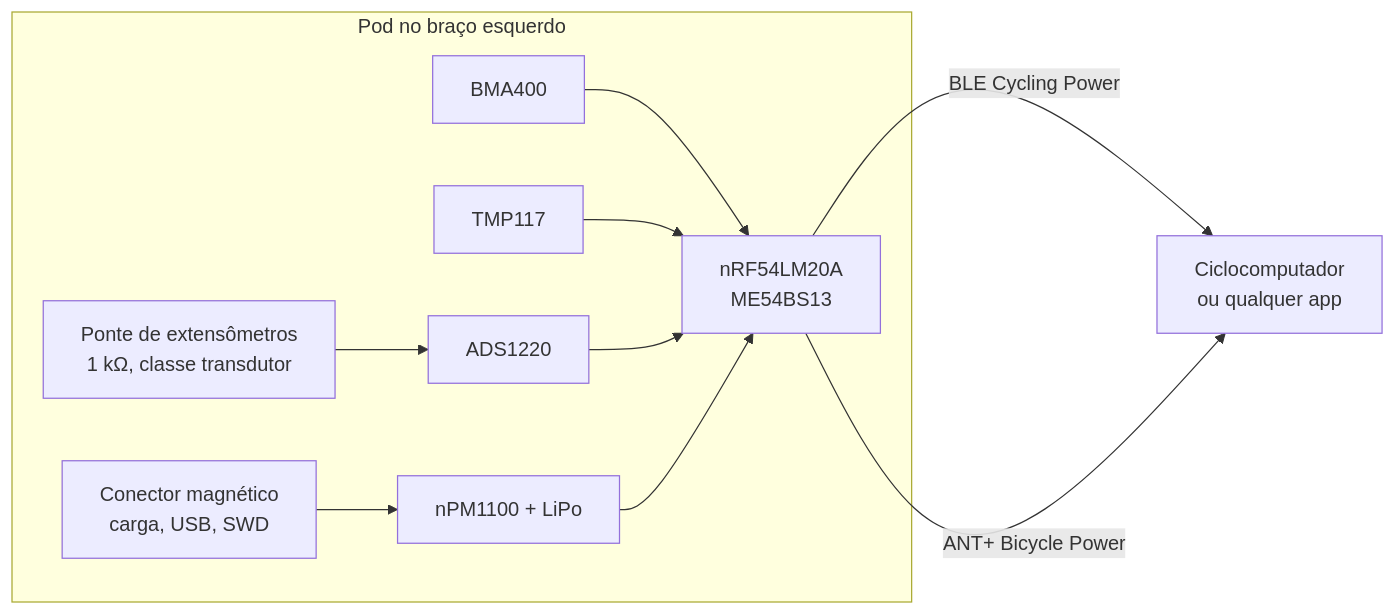
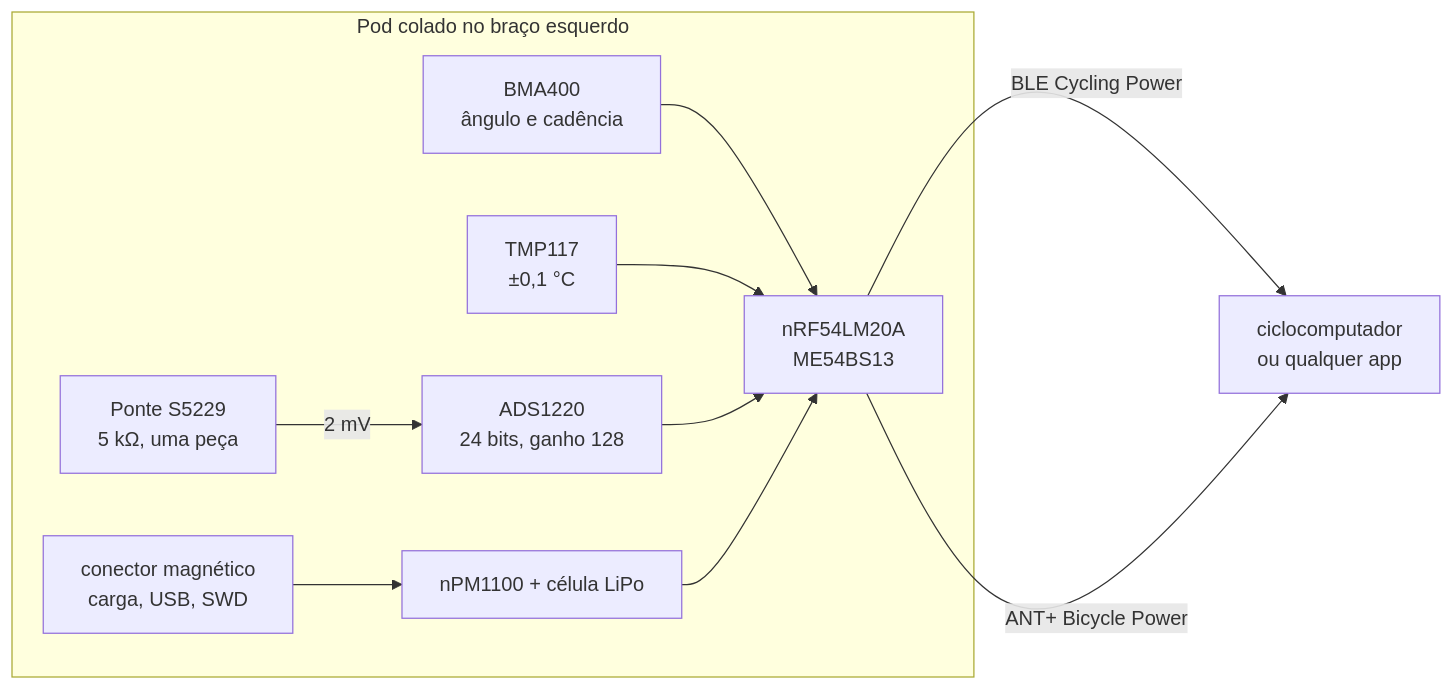
Before and after one commit to Guiimartinho/bike-powermeter: the first of 3 diagrams in README.md, drawn with Mermaid. The commit also changed other lines of this file and 9 other files, not shown here.

````diff
--- a/README.md
+++ b/README.md
@@ -31,13 +43,13 @@
 ```mermaid
 flowchart LR
-    subgraph POD["Pod no braço esquerdo"]
-        G["Ponte de extensômetros<br/>1 kΩ, classe transdutor"] --> A["ADS1220"]
-        I["BMA400"] --> M["nRF54LM20A<br/>ME54BS13"]
-        T["TMP117"] --> M
+    subgraph POD["Pod colado no braço esquerdo"]
+        G["Ponte S5229<br/>5 kΩ, uma peça"] -->|"2 mV"| A["ADS1220<br/>24 bits, ganho 128"]
+        I["BMA400<br/>ângulo e cadência"] --> M["nRF54LM20A<br/>ME54BS13"]
+        T["TMP117<br/>±0,1 °C"] --> M
         A --> M
-        P["nPM1100 + LiPo"] --> M
-        C["Conector magnético<br/>carga, USB, SWD"] --> P
+        P["nPM1100 + célula LiPo"] --> M
+        C["conector magnético<br/>carga, USB, SWD"] --> P
     end
-    M -- "BLE Cycling Power" --> CC["Ciclocomputador<br/>ou qualquer app"]
+    M -- "BLE Cycling Power" --> CC["ciclocomputador<br/>ou qualquer app"]
     M -- "ANT+ Bicycle Power" --> CC
 ```
````
